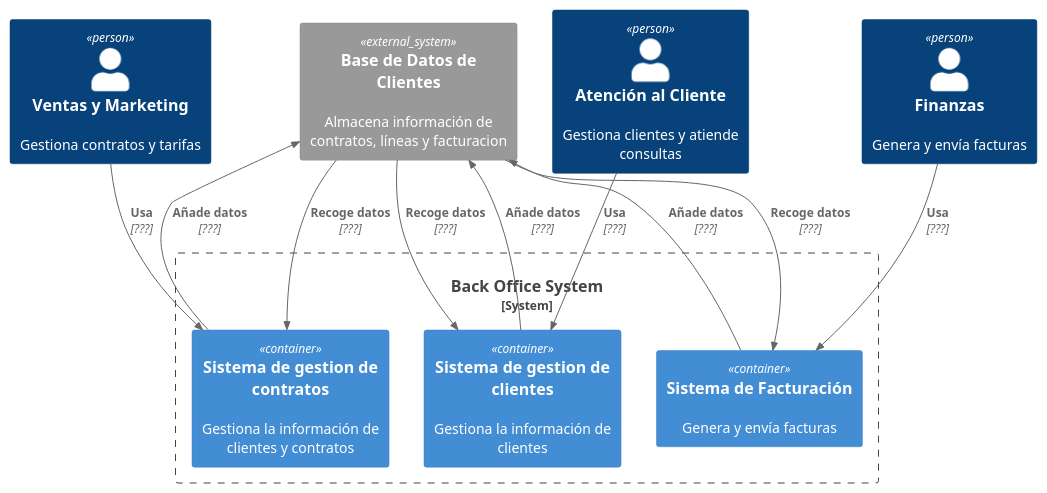
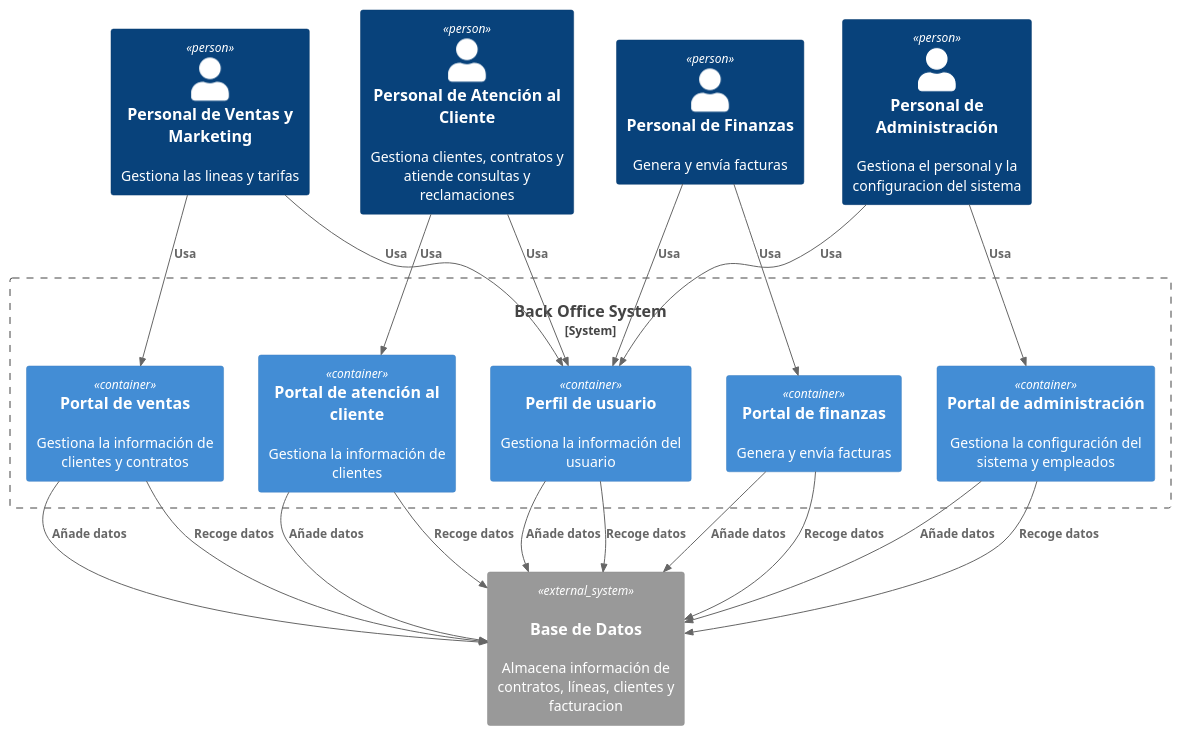
Before and after one commit to davidbp10/iw2023-2024-MovilUCA: the diagram in docs/diagrams/BackOfficeContainerDiagram.puml, drawn with PlantUML. The commit also changed 8 other files, not shown here.

```diff
--- a/docs/diagrams/BackOfficeContainerDiagram.puml
+++ b/docs/diagrams/BackOfficeContainerDiagram.puml
@@ -1,27 +1,40 @@
 @startuml BackOfficeContainerDiagram
 !include https://raw.githubusercontent.com/plantuml-stdlib/C4-PlantUML/master/C4_Container.puml
 
-Person(ventas, "Ventas y Marketing", "Gestiona contratos y tarifas")
-Person(atencioncliente, "Atención al Cliente", "Gestiona clientes y atiende consultas")
-Person(f, "Finanzas", "Genera y envía facturas")
+Person(ventas, "Personal de Ventas y Marketing", "Gestiona las lineas y tarifas")
+Person(atencioncliente, "Personal de Atención al Cliente", "Gestiona clientes, contratos y atiende consultas y reclamaciones")
+Person(f, "Personal de Finanzas", "Genera y envía facturas")
+Person(admin, "Personal de Administración", "Gestiona el personal y la configuracion del sistema")
 
-System_Boundary(c1, "Back Office System") {
-    Container(gcontratos, "Sistema de gestion de contratos", , "Gestiona la información de clientes y contratos")
-    Container(gclientes, "Sistema de gestion de clientes", ,"Gestiona la información de clientes")
-    Container(factura, "Sistema de Facturación", , "Genera y envía facturas")
+System_Boundary(backOffice, "Back Office System") {
+    Container(pv, "Portal de ventas", , "Gestiona la información de clientes y contratos")
+    Container(pac, "Portal de atención al cliente", ,"Gestiona la información de clientes")
+    Container(pf, "Portal de finanzas", , "Genera y envía facturas")
+    Container(padmin, "Portal de administración", ,"Gestiona la configuración del sistema y empleados")
+    Container(pusu, "Perfil de usuario", ,"Gestiona la información del usuario")
 }
 
-System_Ext(bd, "Base de Datos de Clientes", "Almacena información de contratos, líneas y facturacion")
+System_Ext(bd, "Base de Datos","Almacena información de contratos, líneas, clientes y facturacion", "MySQL")
 
-Rel(ventas, gcontratos, "Usa", "???")
-Rel(atencioncliente, gclientes, "Usa", "???") 
-Rel(f, factura, "Usa", "???")
 
-Rel(gcontratos, bd, "Añade datos", "???")
-Rel(bd, gcontratos, "Recoge datos", "???")
-Rel(gclientes, bd, "Añade datos", "???")
-Rel(bd, gclientes, "Recoge datos", "???")
-Rel(factura, bd, "Añade datos", "???")
-Rel(bd, factura, "Recoge datos", "???")
+Rel(ventas, pv, "Usa" )
+Rel(atencioncliente, pac, "Usa") 
+Rel(f, pf, "Usa" )
+Rel(admin, padmin, "Usa" )
+Rel(ventas, pusu, "Usa")
+Rel(atencioncliente, pusu, "Usa") 
+Rel(f, pusu, "Usa")
+Rel(admin, pusu, "Usa")
+
+Rel(pv, bd, "Añade datos")
+Rel(pv, bd, "Recoge datos")
+Rel(pac, bd, "Añade datos")
+Rel(pac, bd, "Recoge datos")
+Rel(pf, bd, "Añade datos")
+Rel(pf, bd, "Recoge datos")
+Rel(padmin, bd, "Añade datos")
+Rel(padmin, bd, "Recoge datos")
+Rel(pusu, bd, "Añade datos")
+Rel(pusu, bd, "Recoge datos")
 
 @enduml
```
